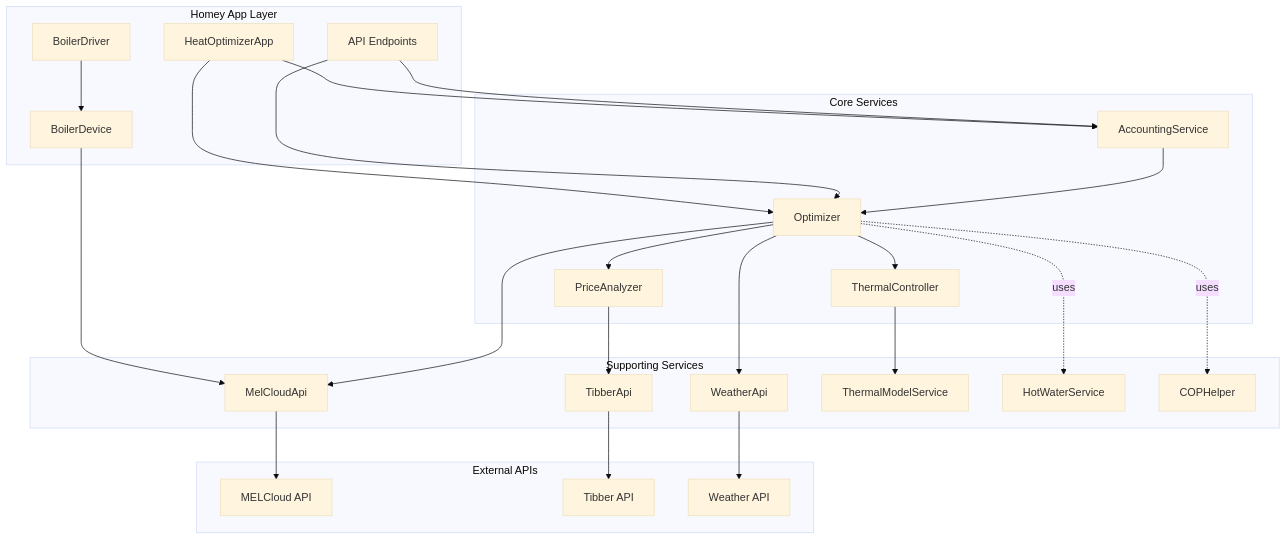
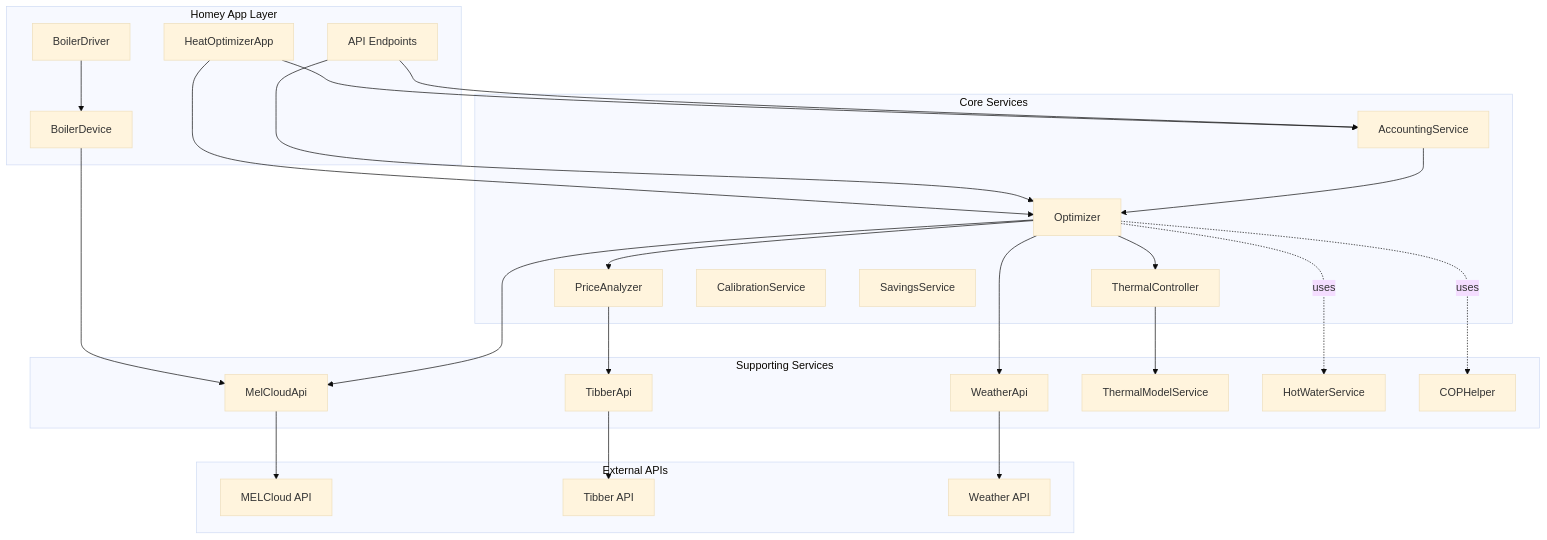
Before and after one commit to decline27/melcloud-optimizer: the first of 3 diagrams in ARCHITECTURE.md, drawn with Mermaid (base theme). The commit also changed other lines of this file and 49 other files, not shown here.

````diff
--- a/ARCHITECTURE.md
+++ b/ARCHITECTURE.md
@@ -12,55 +12,57 @@
 ```mermaid
 graph TB
     subgraph "Homey App Layer"
         App[HeatOptimizerApp]
         API[API Endpoints]
         Driver[BoilerDriver]
         Device[BoilerDevice]
     end
     
     subgraph "Core Services"
         Optimizer[Optimizer]
         PriceAnalyzer[PriceAnalyzer]
         ThermalController[ThermalController]
         AccountingService[AccountingService]
+        CalibrationService[CalibrationService]
+        SavingsService[SavingsService]
     end
     
     subgraph "Supporting Services"
         MelCloud[MelCloudApi]
         Tibber[TibberApi]
         Weather[WeatherApi]
         Thermal[ThermalModelService]
         HotWater[HotWaterService]
         COP[COPHelper]
     end
     
     subgraph "External APIs"
         MEL[MELCloud API]
         TIB[Tibber API]
         WTH[Weather API]
     end
     
     App --> Optimizer
     App --> AccountingService
     API --> Optimizer
     API --> AccountingService
     Driver --> Device
     Device --> MelCloud
     
     Optimizer --> PriceAnalyzer
     Optimizer --> ThermalController
     Optimizer --> MelCloud
     Optimizer --> Weather
     
     PriceAnalyzer --> Tibber
     ThermalController --> Thermal
     
     AccountingService --> Optimizer
     
     MelCloud --> MEL
     Tibber --> TIB
     Weather --> WTH
     
     Optimizer -.uses.-> COP
     Optimizer -.uses.-> HotWater
 ```
````
